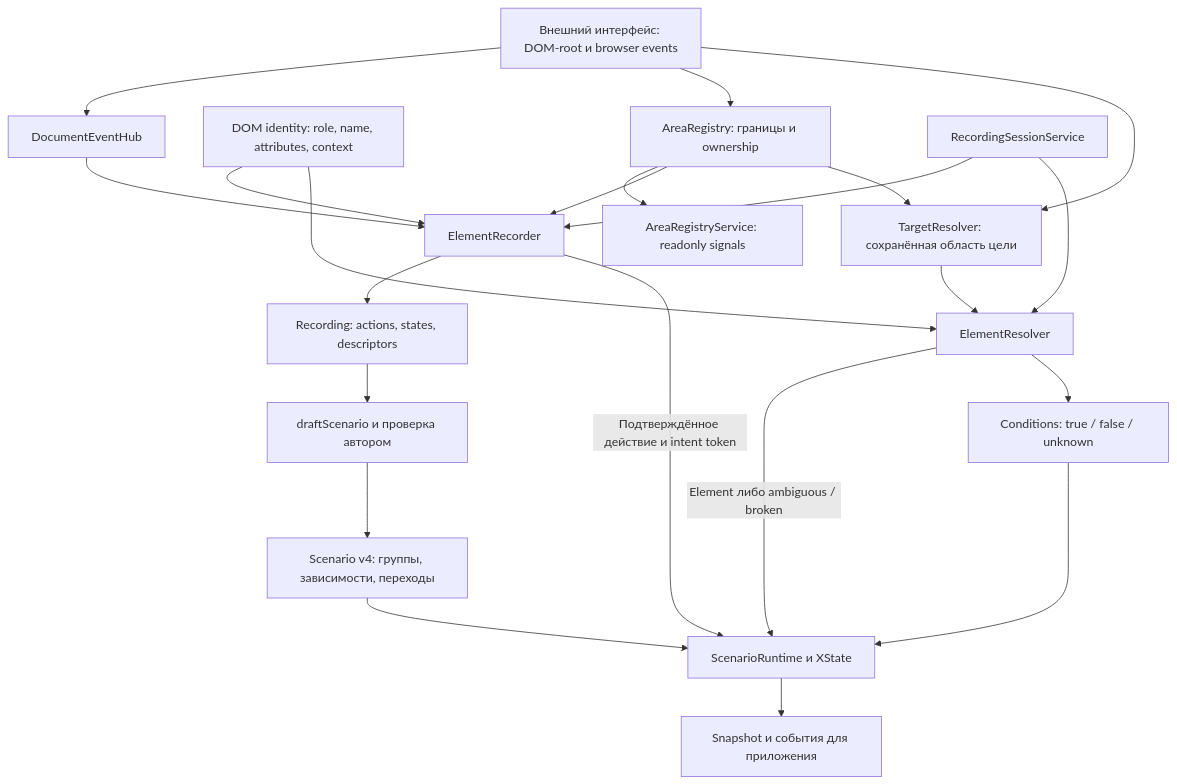
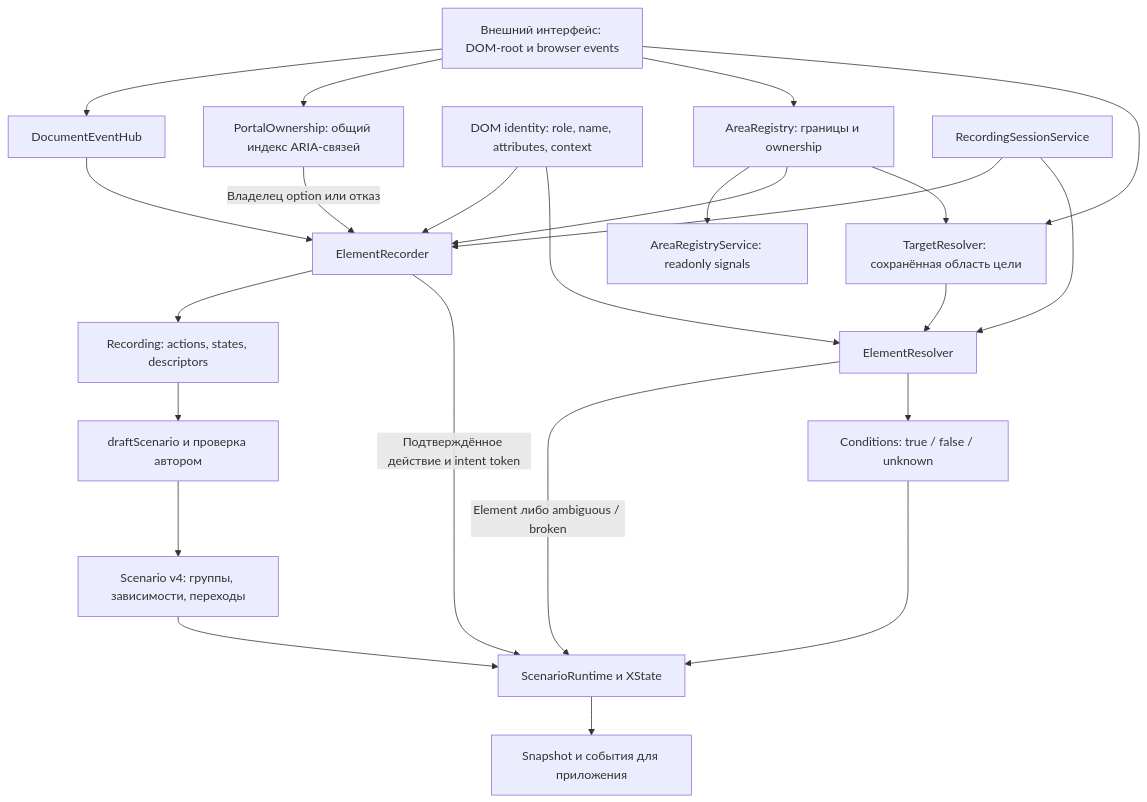
One commit to a1rat91/training-observer changed the diagram in ARCHITECTURE.md. Above: the diagram before and after it, drawn with Mermaid. The commit also changed other lines of this file and 9 other files, not shown here.

Commit message:
feat(training-observer): share portal ownership across recorders

````diff
--- a/ARCHITECTURE.md
+++ b/ARCHITECTURE.md
@@ -125,24 +125,26 @@
 ```mermaid
 flowchart TD
     Host[Внешний интерфейс: DOM-root и browser events] --> Hub[DocumentEventHub]
     Hub --> Recorder[ElementRecorder]
+    Host --> Portals[PortalOwnership: общий индекс ARIA-связей]
+    Portals -->|Владелец option или отказ| Recorder
     Identity[DOM identity: role, name, attributes, context] --> Recorder
     Recorder --> Recording[Recording: actions, states, descriptors]
     Recording --> Authoring[draftScenario и проверка автором]
     Authoring --> Scenario[Scenario v4: группы, зависимости, переходы]
     Scenario --> Runtime[ScenarioRuntime и XState]
     Recorder -->|Подтверждённое действие и intent token| Runtime
     Host --> Registry[AreaRegistry: границы и ownership]
     Registry --> Facade[AreaRegistryService: readonly signals]
     Registry --> Recorder
     Session[RecordingSessionService] --> Recorder
     Session --> Resolver
     Registry --> Targets[TargetResolver: сохранённая область цели]
     Targets --> Resolver[ElementResolver]
     Host --> Targets
     Identity --> Resolver
     Resolver -->|Element либо ambiguous / broken| Runtime
     Resolver --> Conditions[Conditions: true / false / unknown]
     Conditions --> Runtime
     Runtime --> Snapshot[Snapshot и события для приложения]
 ```
````
